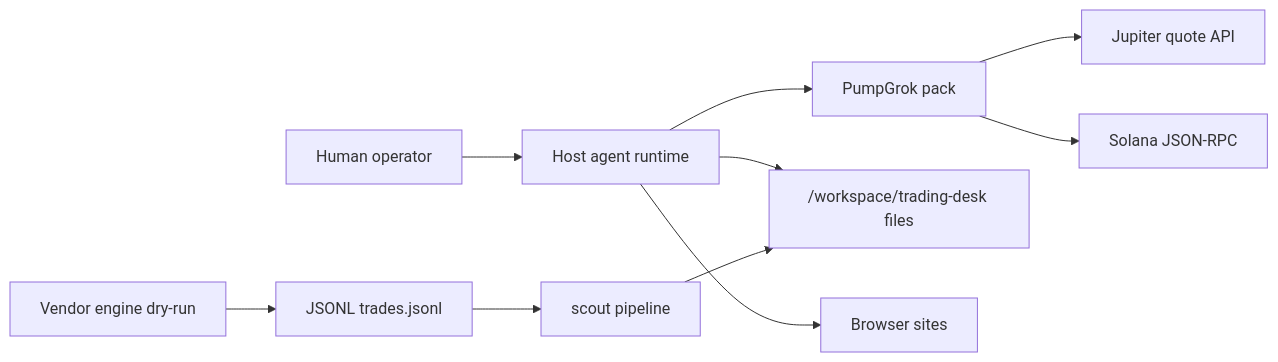
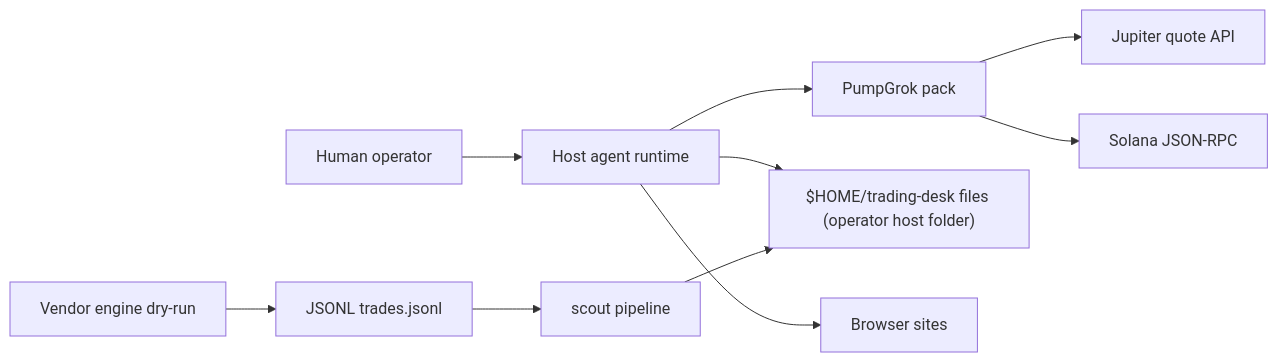
One commit to swcstudiospace/PumpGrok changed the first of 2 diagrams in ARCHITECTURE.md. Above: the diagram before and after it, drawn with Mermaid. The commit also changed other lines of this file and 5 other files, not shown here.

````diff
--- a/ARCHITECTURE.md
+++ b/ARCHITECTURE.md
@@ -35,23 +35,23 @@
 ```mermaid
 flowchart LR
   Human[Human operator]
   Host[Host agent runtime]
   Pack[PumpGrok pack]
-  Desk["/workspace/trading-desk files"]
+  Desk["$HOME/trading-desk files (operator host folder)"]
   Jup[Jupiter quote API]
   Rpc[Solana JSON-RPC]
   Web[Browser sites]
   Vendor[Vendor engine dry-run]
   Jsonl[JSONL trades.jsonl]
   Bridge[scout pipeline]
 
   Human --> Host
   Host --> Pack
   Host --> Desk
   Host --> Web
   Pack --> Jup
   Pack --> Rpc
   Vendor --> Jsonl
   Jsonl --> Bridge
   Bridge --> Desk
 ```
````
